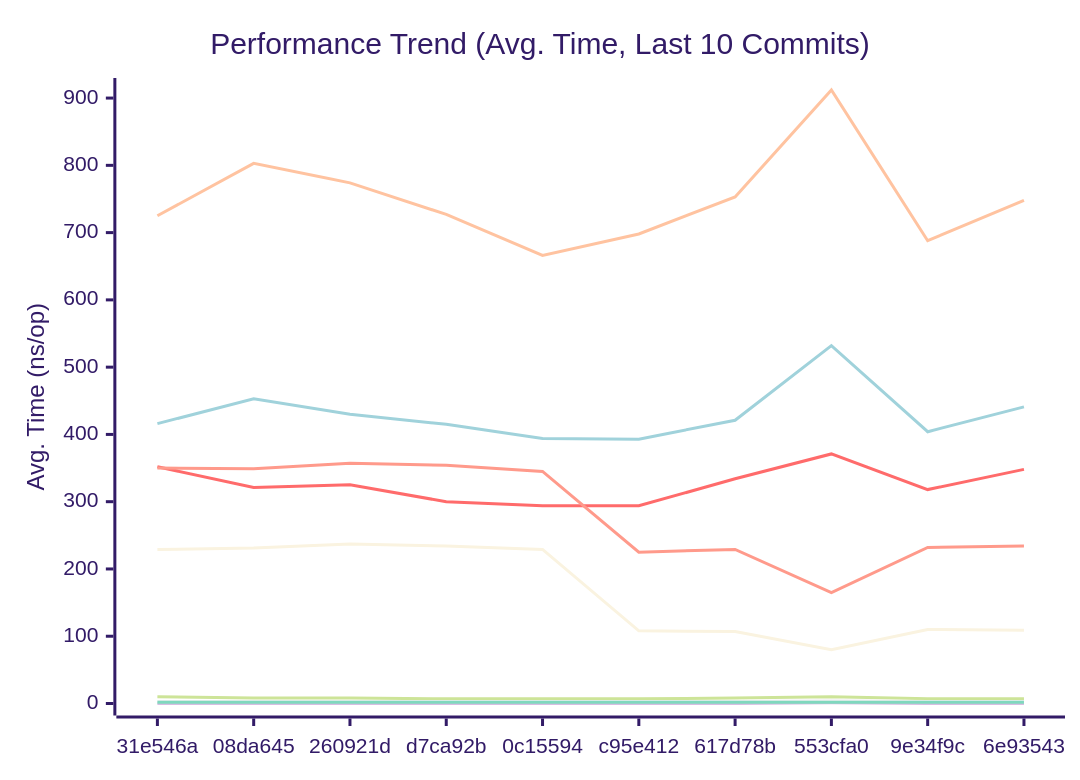
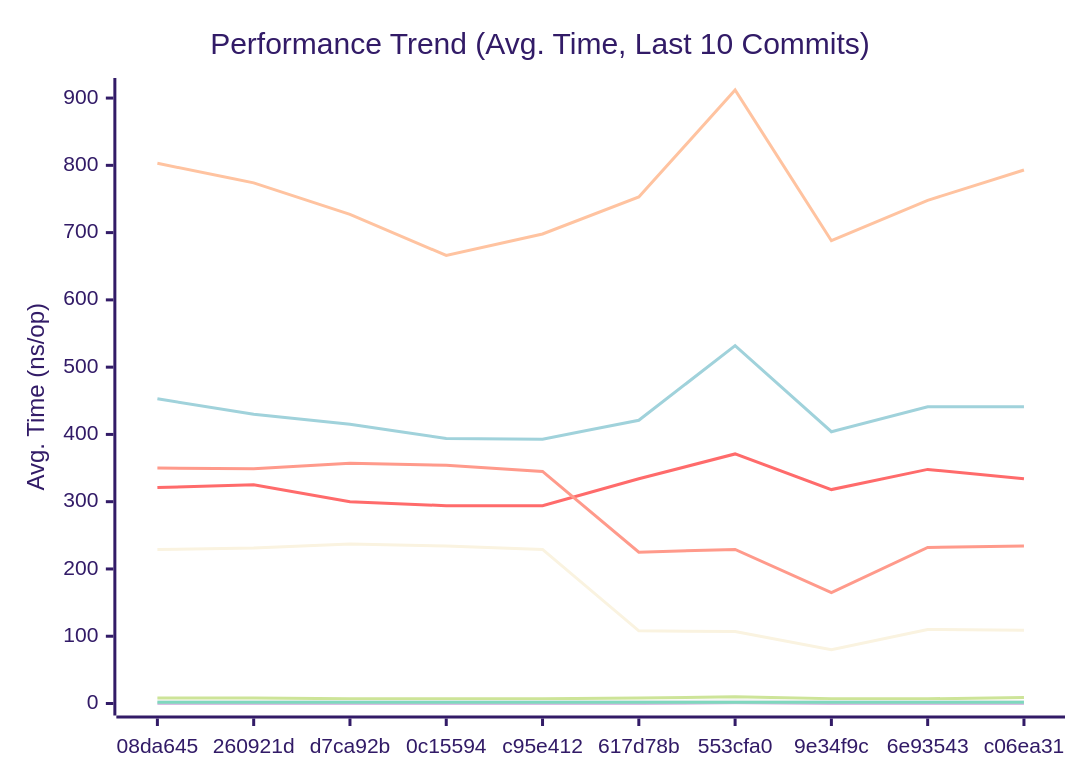
One commit to alsotoes/momo changed the first of 3 diagrams in docs/PERFORMANCE.md. Above: the diagram before and after it, drawn with Mermaid (forest theme). The commit also changed other lines of this file and 2 other files, not shown here.

First line of the commit message:
fix: k6 install via GitHub release, chaos test uses S3 API + config file

````diff
--- a/docs/PERFORMANCE.md
+++ b/docs/PERFORMANCE.md
@@ -80,16 +80,16 @@
 ```mermaid
 xychart-beta
     title "Performance Trend (Avg. Time, Last 10 Commits)"
     x-axis "Commit"
     y-axis "Avg. Time (ns/op)"
-    x-axis [31e546a,08da645,260921d,d7ca92b,0c15594,c95e412,617d78b,553cfa0,9e34f9c,6e93543]
-    line "CheckMetricsAndSwap" [10,8,8,7,7,7,8,10,7,7]
-    line "CrushOptimized" [352,321,325,300,294,294,334,371,318,348]
-    line "CrushOriginal" [416,453,430,415,394,393,421,532,404,441]
-    line "IndexDirectTracking" [0,0,0,0,0,0,0,1,0,0]
-    line "IndexSearch" [3,3,3,3,3,3,3,4,3,3]
-    line "LoadGlobalConfig" [725,803,774,727,666,698,753,912,688,748]
+    x-axis [08da645,260921d,d7ca92b,0c15594,c95e412,617d78b,553cfa0,9e34f9c,6e93543,c06ea31]
+    line "CheckMetricsAndSwap" [8,8,7,7,7,8,10,7,7,9]
+    line "CrushOptimized" [321,325,300,294,294,334,371,318,348,334]
+    line "CrushOriginal" [453,430,415,394,393,421,532,404,441,441]
+    line "IndexDirectTracking" [0,0,0,0,0,0,1,0,0,0]
+    line "IndexSearch" [3,3,3,3,3,3,4,3,3,3]
+    line "LoadGlobalConfig" [803,774,727,666,698,753,912,688,748,793]
     line "PadString" [2,2,2,2,2,2,2,2,2,2]
     line "ParseReplicationOrder_NoPrealloc" [350,349,357,354,345,225,229,165,232,234]
     line "ParseReplicationOrder_Prealloc" [229,231,237,234,229,108,107,80,110,109]
 ```
````
